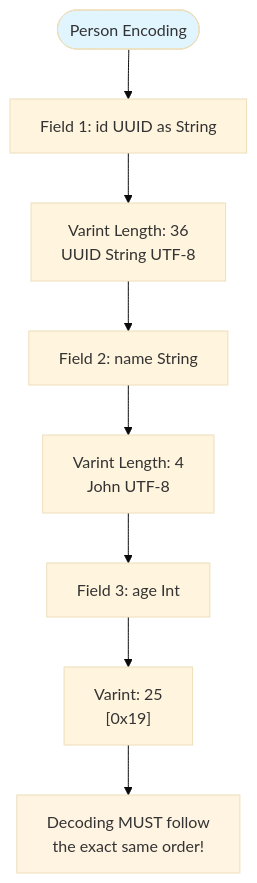
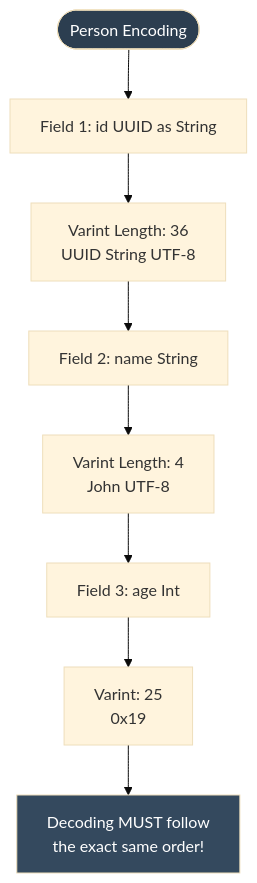
One commit to Mikedan37/BlazeBinary changed diagram 15 of 19 in README.md. Above: the diagram before and after it, drawn with Mermaid (base theme). The commit also changed other lines of this file and 11 other files, not shown here.

First line of the commit message:
Improve Mermaid diagrams and code display formatting

````diff
--- a/README.md
+++ b/README.md
@@ -498,16 +498,16 @@
 ```mermaid
 flowchart TD
     Start([Person Encoding]) --> Field1[Field 1: id UUID as String]
     Field1 --> Enc1["Varint Length: 36<br/>UUID String UTF-8"]
     
     Enc1 --> Field2[Field 2: name String]
     Field2 --> Enc2["Varint Length: 4<br/>John UTF-8"]
     
     Enc2 --> Field3[Field 3: age Int]
-    Field3 --> Enc3["Varint: 25<br/>[0x19]"]
+    Field3 --> Enc3["Varint: 25<br/>0x19"]
     
     Enc3 --> Note[Decoding MUST follow<br/>the exact same order!]
     
-    style Start fill:#e1f5ff
-    style Note fill:#fff4e1
+    style Start fill:#2c3e50,color:#ffffff
+    style Note fill:#34495e,color:#ffffff
 ```
````
